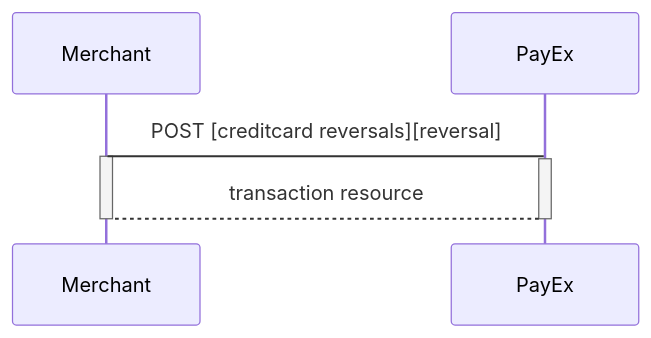
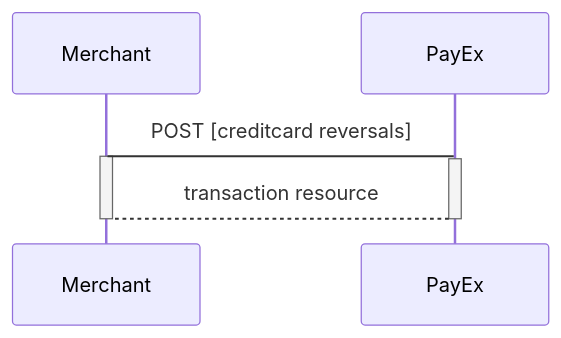
The third of 10 diagrams in payments/credit-card/after-payment.md (SwedbankPay/developer.swedbankpay.com), drawn with Mermaid before and after one commit. The commit also changed other lines of this file, not shown here.

Commit message:
DX-266 fixed tables and, removed links in Mermaid diagrams, and fixing links

````diff
--- a/payments/credit-card/after-payment.md
+++ b/payments/credit-card/after-payment.md
@@ -544,9 +539,9 @@
 ```mermaid
 sequenceDiagram
-  Merchant->PayEx: POST [creditcard reversals][reversal]
+  Merchant->PayEx: POST [creditcard reversals]
   Activate Merchant
   Activate PayEx
   PayEx-->Merchant: transaction resource
   Deactivate PayEx
   Deactivate Merchant
 ```
````
